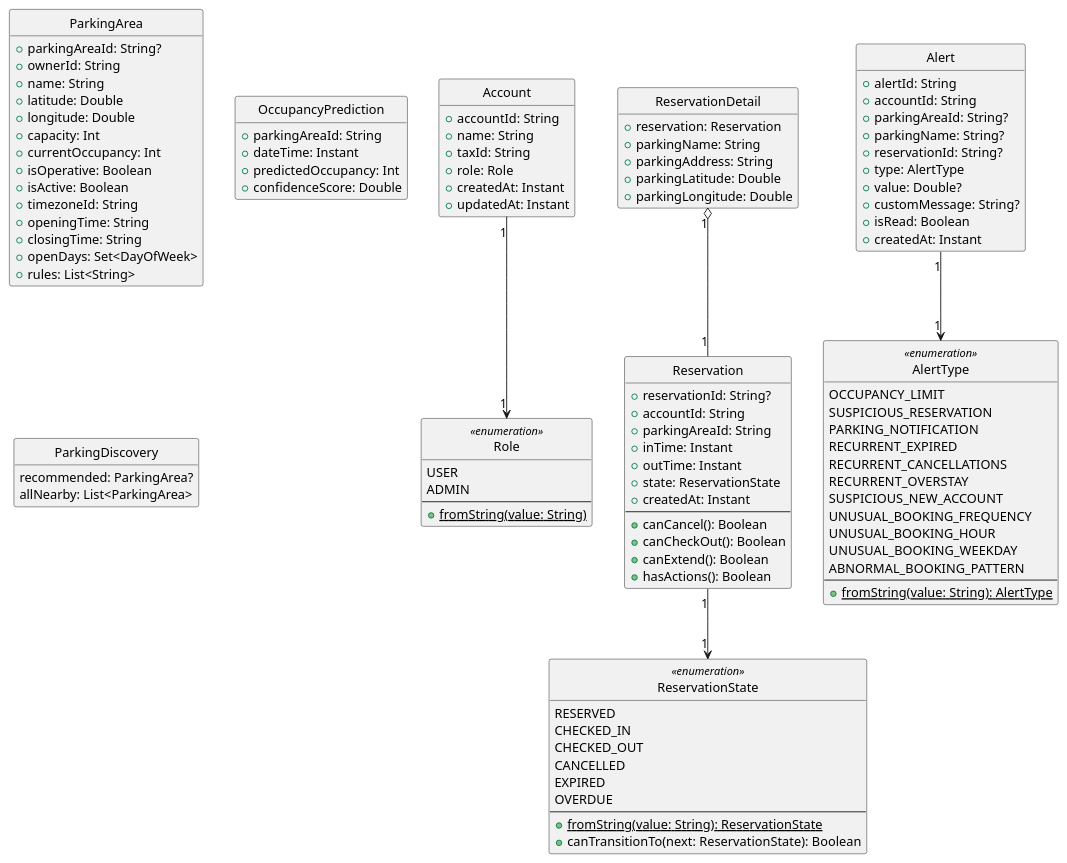
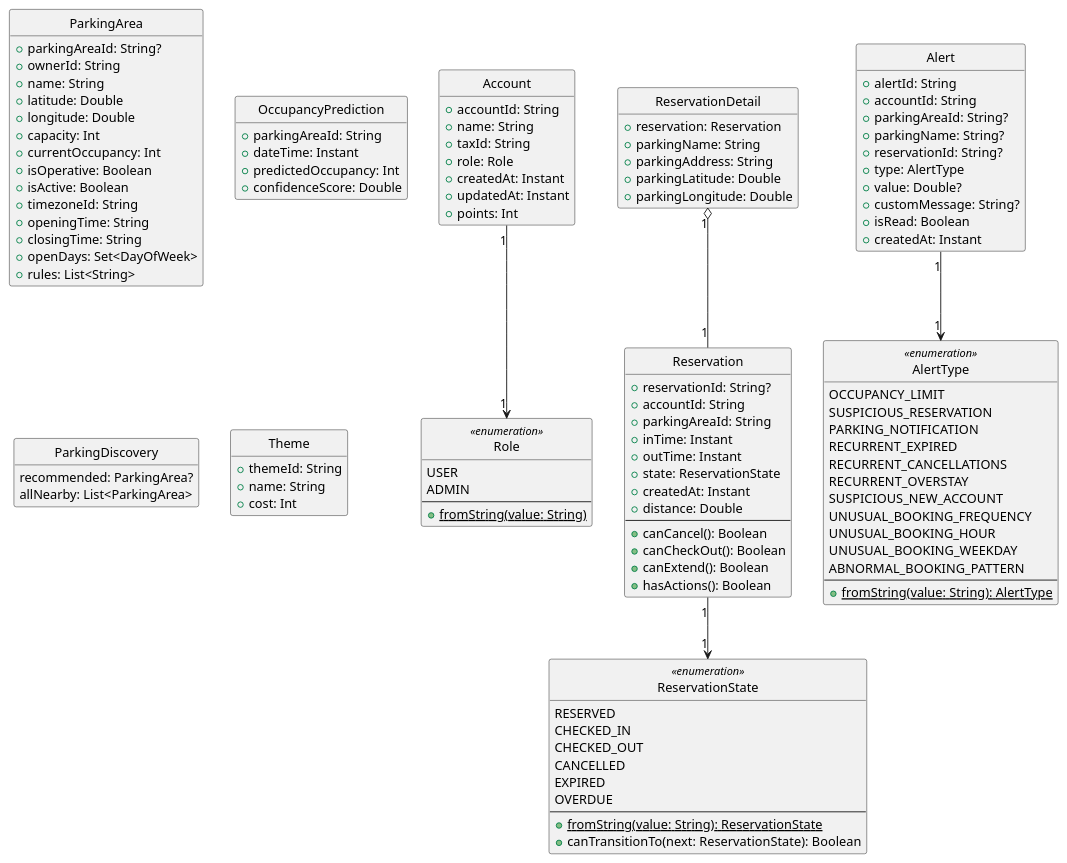
The diagram in docs/diseño/Diagramas de clases/Entidades de dominio.puml (mmmatanza/BikeParkingApp), drawn with PlantUML before and after one commit. The commit also changed 10 other files, not shown here.

Commit message:
Diseños de datos, UI, clases y diagrama de actividad

```diff
--- a/docs/diseño/Diagramas de clases/Entidades de dominio.puml
+++ b/docs/diseño/Diagramas de clases/Entidades de dominio.puml
@@ -1,118 +1,126 @@
 @startuml domain_entities
 skinparam style strictuml
 skinparam linetype ortho
 hide empty members
 
 class Account {
     + accountId: String
     + name: String
     + taxId: String
     + role: Role
     + createdAt: Instant
     + updatedAt: Instant
+    + points: Int
 }
 
 enum Role <<enumeration>> {
     USER
     ADMIN
     --
     {static} + fromString(value: String)
 }
 
 class ParkingArea {
     + parkingAreaId: String?
     + ownerId: String
     + name: String
     + latitude: Double
     + longitude: Double
     + capacity: Int
     + currentOccupancy: Int
     + isOperative: Boolean
     + isActive: Boolean
     + timezoneId: String
     + openingTime: String
     + closingTime: String
     + openDays: Set<DayOfWeek>
     + rules: List<String>
 }
 class Reservation {
     + reservationId: String?
     + accountId: String
     + parkingAreaId: String
     + inTime: Instant
     + outTime: Instant
     + state: ReservationState
     + createdAt: Instant
+    + distance: Double
     --
     + canCancel(): Boolean
     + canCheckOut(): Boolean
     + canExtend(): Boolean
     + hasActions(): Boolean
 }
 
 enum ReservationState <<enumeration>> {
     RESERVED
     CHECKED_IN
     CHECKED_OUT
     CANCELLED
     EXPIRED
     OVERDUE
     --
     {static} + fromString(value: String): ReservationState
     + canTransitionTo(next: ReservationState): Boolean
 }
 
 class ReservationDetail {
     + reservation: Reservation
     + parkingName: String
     + parkingAddress: String
     + parkingLatitude: Double
     + parkingLongitude: Double
 }
 
 class Alert {
     + alertId: String
     + accountId: String
     + parkingAreaId: String?
     + parkingName: String?
     + reservationId: String?
     + type: AlertType
     + value: Double?
     + customMessage: String?
     + isRead: Boolean
     + createdAt: Instant
 }
 
 class OccupancyPrediction {
     + parkingAreaId: String
     + dateTime: Instant
     + predictedOccupancy: Int
     + confidenceScore: Double
 }
 
 enum AlertType <<enumeration>> {
     OCCUPANCY_LIMIT
     SUSPICIOUS_RESERVATION
     PARKING_NOTIFICATION
     RECURRENT_EXPIRED
     RECURRENT_CANCELLATIONS
     RECURRENT_OVERSTAY
     SUSPICIOUS_NEW_ACCOUNT
     UNUSUAL_BOOKING_FREQUENCY
     UNUSUAL_BOOKING_HOUR
     UNUSUAL_BOOKING_WEEKDAY
     ABNORMAL_BOOKING_PATTERN
     --
     {static} + fromString(value: String): AlertType
 }
 
 class ParkingDiscovery{
     recommended: ParkingArea?
     allNearby: List<ParkingArea>
 }
 
+class Theme {
+    + themeId: String
+    + name: String
+    + cost: Int
+}
+
 Account "1" --> "1" Role
 Reservation "1" --> "1" ReservationState
 ReservationDetail "1" o-- "1" Reservation
 Alert "1" --> "1" AlertType
 @enduml
```
